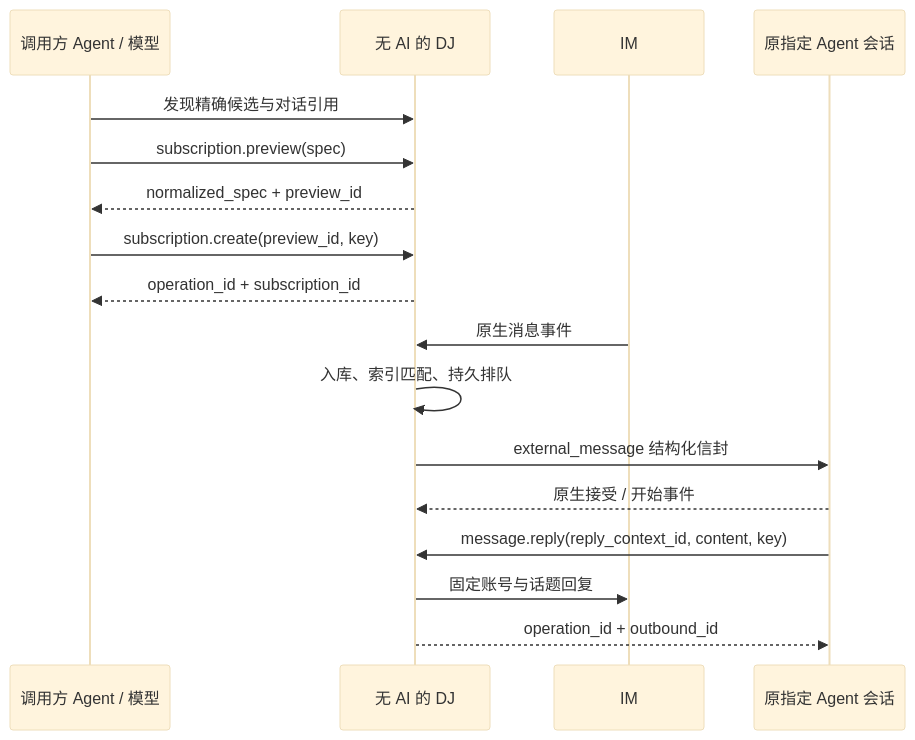
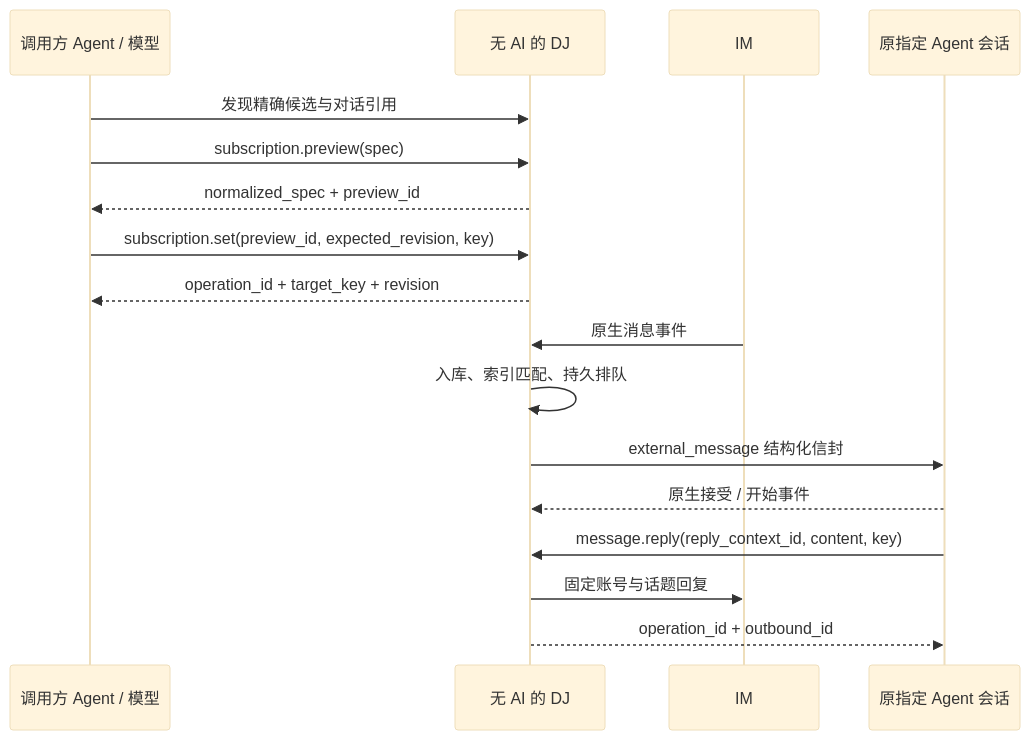
One commit to liuchong/dj changed the diagram in docs/workflows.md. Above: the diagram before and after it, drawn with Mermaid (base theme). The commit also changed other lines of this file and 9 other files, not shown here.

````diff
--- a/docs/workflows.md
+++ b/docs/workflows.md
@@ -43,19 +43,19 @@
 ```mermaid
 sequenceDiagram
   participant A as 调用方 Agent / 模型
   participant J as 无 AI 的 DJ
   participant I as IM
   participant T as 原指定 Agent 会话
   A->>J: 发现精确候选与对话引用
   A->>J: subscription.preview(spec)
   J-->>A: normalized_spec + preview_id
-  A->>J: subscription.create(preview_id, key)
-  J-->>A: operation_id + subscription_id
+  A->>J: subscription.set(preview_id, expected_revision, key)
+  J-->>A: operation_id + target_key + revision
   I->>J: 原生消息事件
   J->>J: 入库、索引匹配、持久排队
   J->>T: external_message 结构化信封
   T-->>J: 原生接受 / 开始事件
   T->>J: message.reply(reply_context_id, content, key)
   J->>I: 固定账号与话题回复
   J-->>T: operation_id + outbound_id
 ```
````
